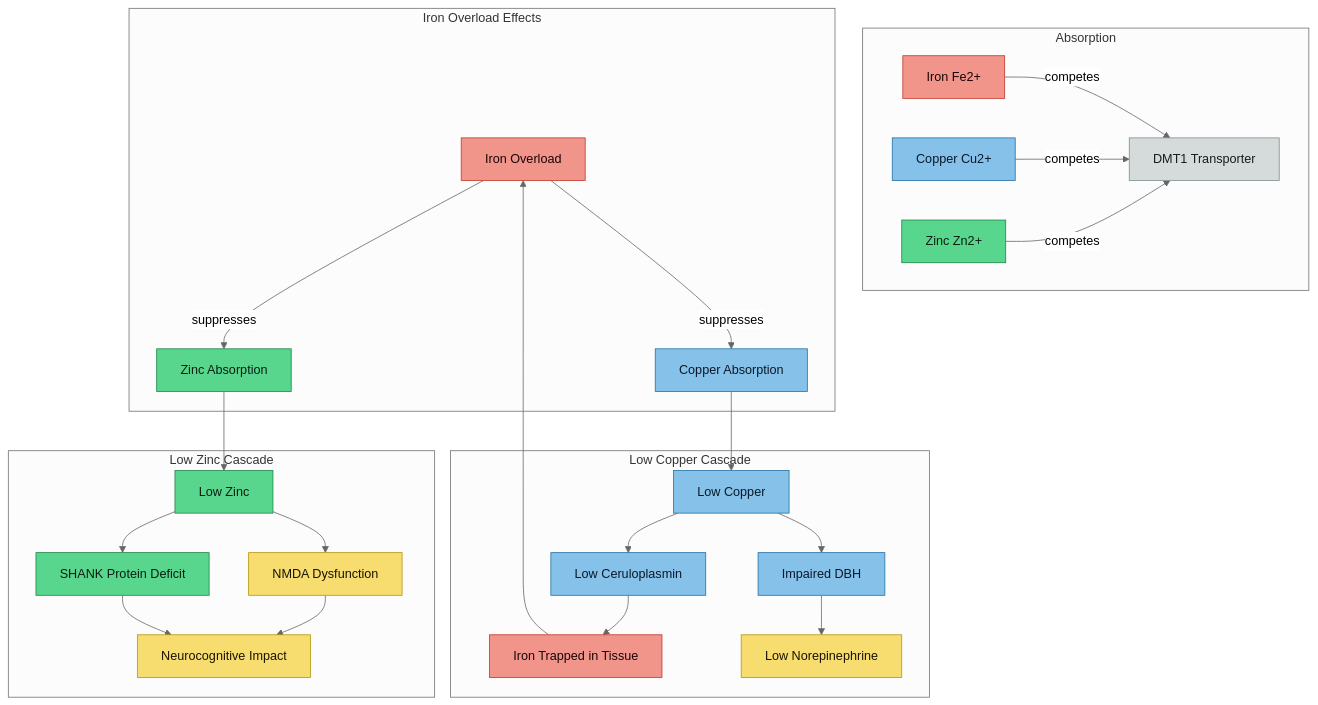
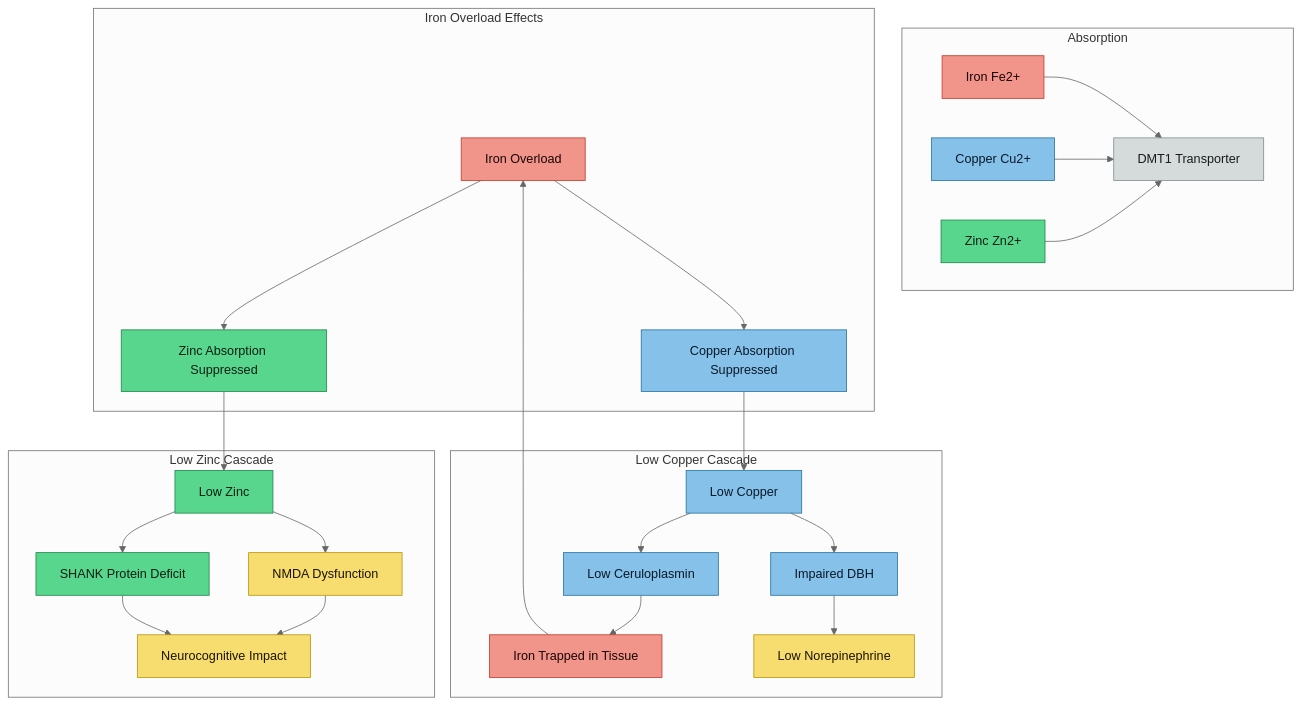
Before and after one commit to Aegis-commits/ag-hfe-adhd-asd-research: the diagram in src/site/notes/minerals/Copper-Zinc-Iron Interactions.md, drawn with Mermaid (neutral theme). The commit also changed 14 other files, not shown here.

````diff
--- a/src/site/notes/minerals/Copper-Zinc-Iron Interactions.md
+++ b/src/site/notes/minerals/Copper-Zinc-Iron Interactions.md
@@ -13,44 +13,44 @@
 ```mermaid
 flowchart TD
     subgraph Absorption
         DMT1[DMT1 Transporter]
-        Fe[Iron Fe2+] -->|competes| DMT1
-        Cu[Copper Cu2+] -->|competes| DMT1
-        Zn[Zinc Zn2+] -->|competes| DMT1
+        Fe[Iron Fe2+] --> DMT1
+        Cu[Copper Cu2+] --> DMT1
+        Zn[Zinc Zn2+] --> DMT1
     end
 
     subgraph Iron Overload Effects
-        IO[Iron Overload] -->|suppresses| CuAbs[Copper Absorption]
-        IO -->|suppresses| ZnAbs[Zinc Absorption]
+        IO[Iron Overload] --> CuAbs[Copper Absorption Suppressed]
+        IO --> ZnAbs[Zinc Absorption Suppressed]
     end
 
     subgraph Low Copper Cascade
         LowCu[Low Copper] --> LowCp[Low Ceruloplasmin]
         LowCp --> IronTrapping[Iron Trapped in Tissue]
         LowCu --> LowDBH[Impaired DBH]
         LowDBH --> LowNE[Low Norepinephrine]
     end
 
     subgraph Low Zinc Cascade
         LowZn[Low Zinc] --> NMDA[NMDA Dysfunction]
         LowZn --> SHANK[SHANK Protein Deficit]
         NMDA --> NeuroCog[Neurocognitive Impact]
         SHANK --> NeuroCog
     end
 
     CuAbs --> LowCu
     ZnAbs --> LowZn
     IronTrapping --> IO
 
     classDef iron fill:#f1948a,stroke:#c0392b,color:#1a0505
     classDef copper fill:#85c1e9,stroke:#2471a3,color:#0a1929
     classDef zinc fill:#58d68d,stroke:#1e8449,color:#0a1f12
     classDef outcome fill:#f7dc6f,stroke:#b7950b,color:#1a1400
     classDef transporter fill:#d5dbdb,stroke:#7f8c8d,color:#1a1a1a
 
     class Fe,IO,IronTrapping iron
     class Cu,CuAbs,LowCu,LowCp,LowDBH copper
     class Zn,ZnAbs,LowZn,SHANK zinc
     class LowNE,NeuroCog,NMDA outcome
     class DMT1 transporter
 ```
````
